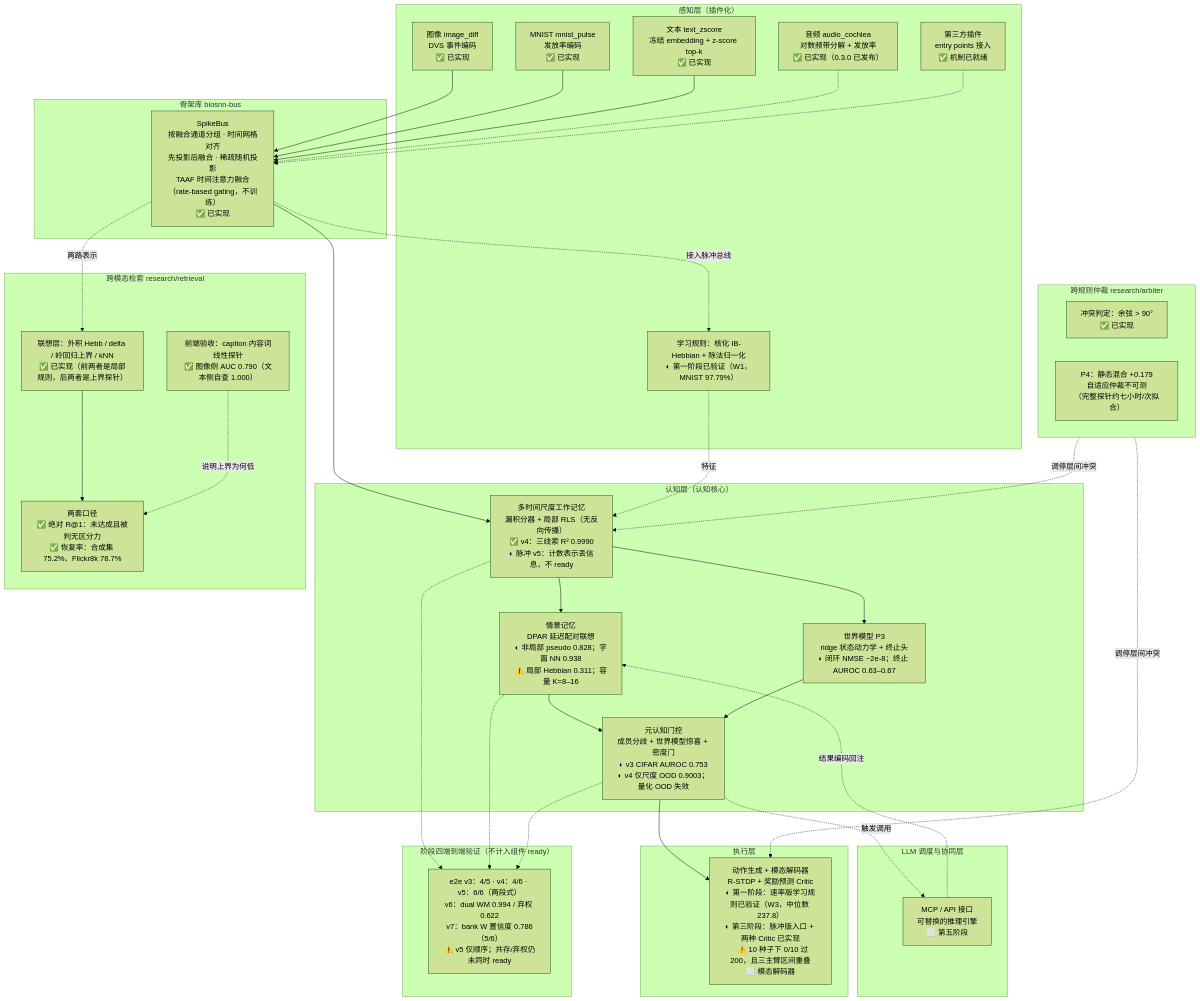
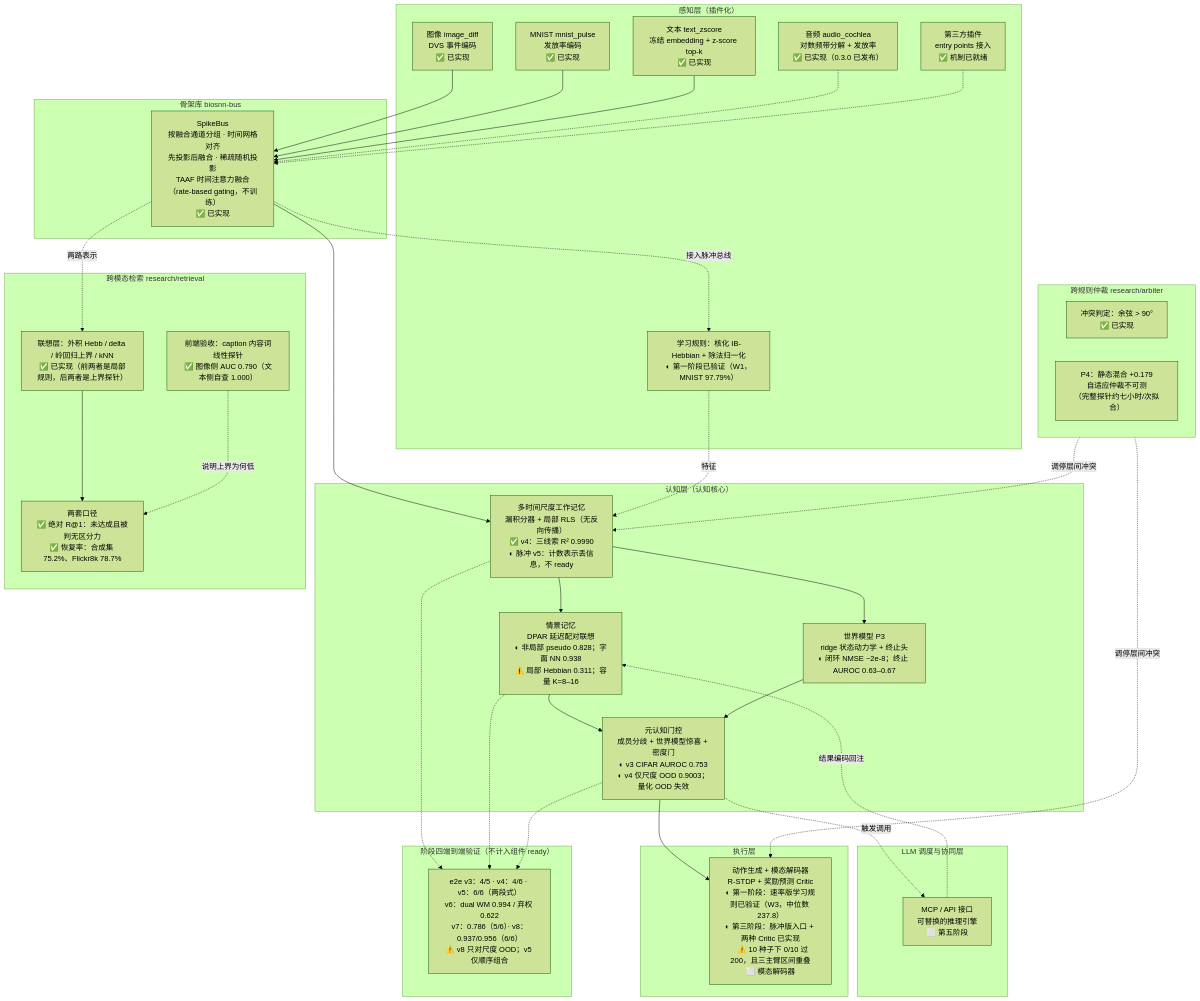
One commit to lzmd-arch/BioSNN-Plug changed the diagram in README.md. Above: the diagram before and after it, drawn with Mermaid (forest theme). The commit also changed other lines of this file and 8 other files, not shown here.

Commit message:
阶段四端到端 v8 结果：共享状态 + bank W 尺度门 6/6 ready

````diff
--- a/README.md
+++ b/README.md
@@ -125,71 +125,71 @@
 ```mermaid
 flowchart TB
     subgraph L5["LLM 调度与协同层"]
         MCP["MCP / API 接口<br/>可替换的推理引擎<br/>⬜ 第五阶段"]
     end
 
     subgraph L4["执行层"]
         ACT["动作生成 + 模态解码器<br/>R-STDP + 奖励预测 Critic<br/>◐ 第一阶段：速率版学习规则已验证（W3，中位数 237.8）<br/>◐ 第三阶段：脉冲版入口 + 两种 Critic 已实现<br/>&nbsp;&nbsp;&nbsp;⚠️ 10 种子下 0/10 过 200，且三主臂区间重叠<br/>⬜ 模态解码器"]
     end
 
     subgraph L3["认知层（认知核心）"]
         WM["多时间尺度工作记忆<br/>漏积分器 + 局部 RLS（无反向传播）<br/>✅ v4：三线索 R² 0.9990<br/>◐ 脉冲 v5：计数表示丢信息，不 ready"]
         EM["情景记忆<br/>DPAR 延迟配对联想<br/>◐ 非局部 pseudo 0.828；字面 NN 0.938<br/>⚠️ 局部 Hebbian 0.311；容量 K=8–16"]
         MG["元认知门控<br/>成员分歧 + 世界模型惊喜 + 密度门<br/>◐ v3 CIFAR AUROC 0.753<br/>◐ v4 仅尺度 OOD 0.9003；量化 OOD 失效"]
         WMODEL["世界模型 P3<br/>ridge 状态动力学 + 终止头<br/>◐ 闭环 NMSE ~2e-8；终止 AUROC 0.63–0.67"]
     end
 
     subgraph ARB["跨规则仲裁 research/arbiter"]
         CF["冲突判定：余弦 > 90°<br/>✅ 已实现"]
         ES["P4：静态混合 +0.179<br/>自适应仲裁不可测<br/>（完整探针约七小时/次拟合）"]
     end
 
     subgraph L2["骨架库 biosnn-bus"]
         BUS["SpikeBus<br/>按融合通道分组 · 时间网格对齐<br/>先投影后融合 · 稀疏随机投影<br/>TAAF 时间注意力融合（rate-based gating，不训练）<br/>✅ 已实现"]
     end
 
     subgraph L1["感知层（插件化）"]
         IMG["图像 image_diff<br/>DVS 事件编码<br/>✅ 已实现"]
         MN["MNIST mnist_pulse<br/>发放率编码<br/>✅ 已实现"]
         TXT["文本 text_zscore<br/>冻结 embedding + z-score top-k<br/>✅ 已实现"]
         AUD["音频 audio_cochlea<br/>对数频带分解 + 发放率<br/>✅ 已实现（0.3.0 已发布）"]
         THIRD["第三方插件<br/>entry points 接入<br/>✅ 机制已就绪"]
         HEB["学习规则：核化 IB-Hebbian + 除法归一化<br/>◐ 第一阶段已验证（W1，MNIST 97.79%）"]
     end
 
     IMG --> BUS
     MN --> BUS
     TXT --> BUS
     AUD -.-> BUS
     THIRD -.-> BUS
 
     BUS --> WM
     BUS -.->|接入脉冲总线| HEB
     HEB -.->|特征| WM
     WM --> EM
     WM --> WMODEL
     EM --> MG
     WMODEL --> MG
     MG --> ACT
     MG -.->|触发调用| MCP
     MCP -.->|结果编码回注| EM
     ARB -.->|调停层间冲突| WM
     ARB -.->|调停层间冲突| ACT
 
     subgraph W4["跨模态检索 research/retrieval"]
         FAC["联想层：外积 Hebb / delta / 岭回归上界 / kNN<br/>✅ 已实现（前两者是局部规则，后两者是上界探针）"]
         CRIT["两套口径<br/>✅ 绝对 R@1：未达成且被判无区分力<br/>✅ 恢复率：合成集 75.2%、Flickr8k 78.7%"]
         FE["前端验收：caption 内容词线性探针<br/>✅ 图像侧 AUC 0.790（文本侧自查 1.000）"]
     end
 
     BUS -.->|两路表示| FAC
     FAC --> CRIT
     FE -.->|说明上界为何低| CRIT
 
     subgraph S4["阶段四端到端验证（不计入组件 ready）"]
-        E2E["e2e v3：4/5 · v4：4/6 · v5：6/6（两段式）<br/>v6：dual WM 0.994 / 弃权 0.622<br/>v7：bank W 置信度 0.786（5/6）<br/>⚠️ v5 仅顺序；共存/弃权仍未同时 ready"]
+        E2E["e2e v3：4/5 · v4：4/6 · v5：6/6（两段式）<br/>v6：dual WM 0.994 / 弃权 0.622<br/>v7：0.786（5/6）· v8：0.937/0.956（6/6）<br/>⚠️ v8 只对尺度 OOD；v5 仅顺序组合"]
     end
     WM -.-> E2E
     EM -.-> E2E
     MG -.-> E2E
 ```
````
